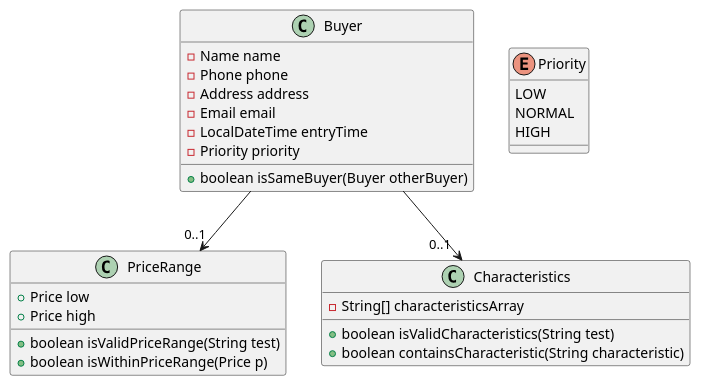
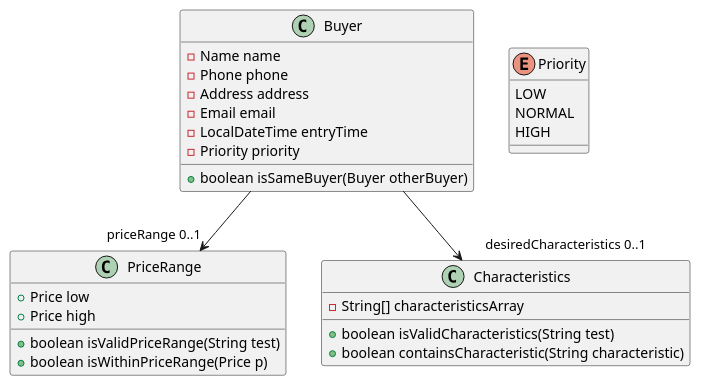
The diagram in docs/plantUML/Buyer.puml (nus-cs2103-AY2223S1/tp), drawn with PlantUML before and after one commit. The commit also changed 5 other files, not shown here.

Commit message:
Add plantUML class diagram for Property

```diff
--- a/docs/plantUML/Buyer.puml
+++ b/docs/plantUML/Buyer.puml
@@ -1,39 +1,39 @@
 @startuml
 'https://plantuml.com/class-diagram
 
 class Buyer {
 -Name name
 -Phone phone
 -Address address
 -Email email
 -LocalDateTime entryTime
 -Priority priority
 
 + boolean isSameBuyer(Buyer otherBuyer)
 }
 
 class PriceRange {
 +Price low
 +Price high
 
 + boolean isValidPriceRange(String test)
 + boolean isWithinPriceRange(Price p)
 }
 
 class Characteristics {
 -String[] characteristicsArray
 
 +boolean isValidCharacteristics(String test)
 +boolean containsCharacteristic(String characteristic)
 }
 
 enum Priority {
 LOW
 NORMAL
 HIGH
 }
 
-Buyer --> "0..1 " Characteristics
-Buyer --> "0..1" PriceRange
+Buyer --> "     desiredCharacteristics 0..1" Characteristics
+Buyer --> "priceRange 0..1" PriceRange
 
 @enduml
```
